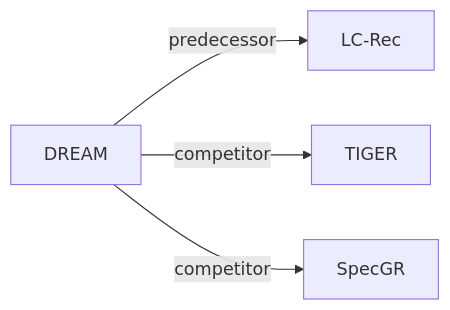
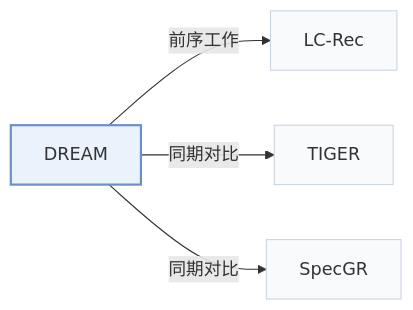
One commit to Galaxy-ghost/Awesome-SID-Generative-Rec changed the second of 2 diagrams in pages/zh/papers/dream.md. Above: the diagram before and after it, drawn with Mermaid. The commit also changed other lines of this file and 649 other files, not shown here.

Commit message:
writer-05: also tags and modality index (schema, check, build, visuals); summary field removed; calibration data for 12 papers

````diff
--- a/pages/zh/papers/dream.md
+++ b/pages/zh/papers/dream.md
@@ -69,7 +74,11 @@
 ```mermaid
 flowchart LR
     P["DREAM"]
-    P -->|predecessor| A["LC-Rec"]
-    P -->|competitor| B["TIGER"]
-    P -->|competitor| C["SpecGR"]
+    P -->|"前序工作"| A["LC-Rec"]
+    P -->|"同期对比"| B["TIGER"]
+    P -->|"同期对比"| C["SpecGR"]
+    classDef main fill:#eaf2fb,stroke:#6b8fc7,stroke-width:2px
+    classDef peer fill:#f8fafc,stroke:#cbd5e1
+    class P main
+    class A,B,C peer
 ```
````
